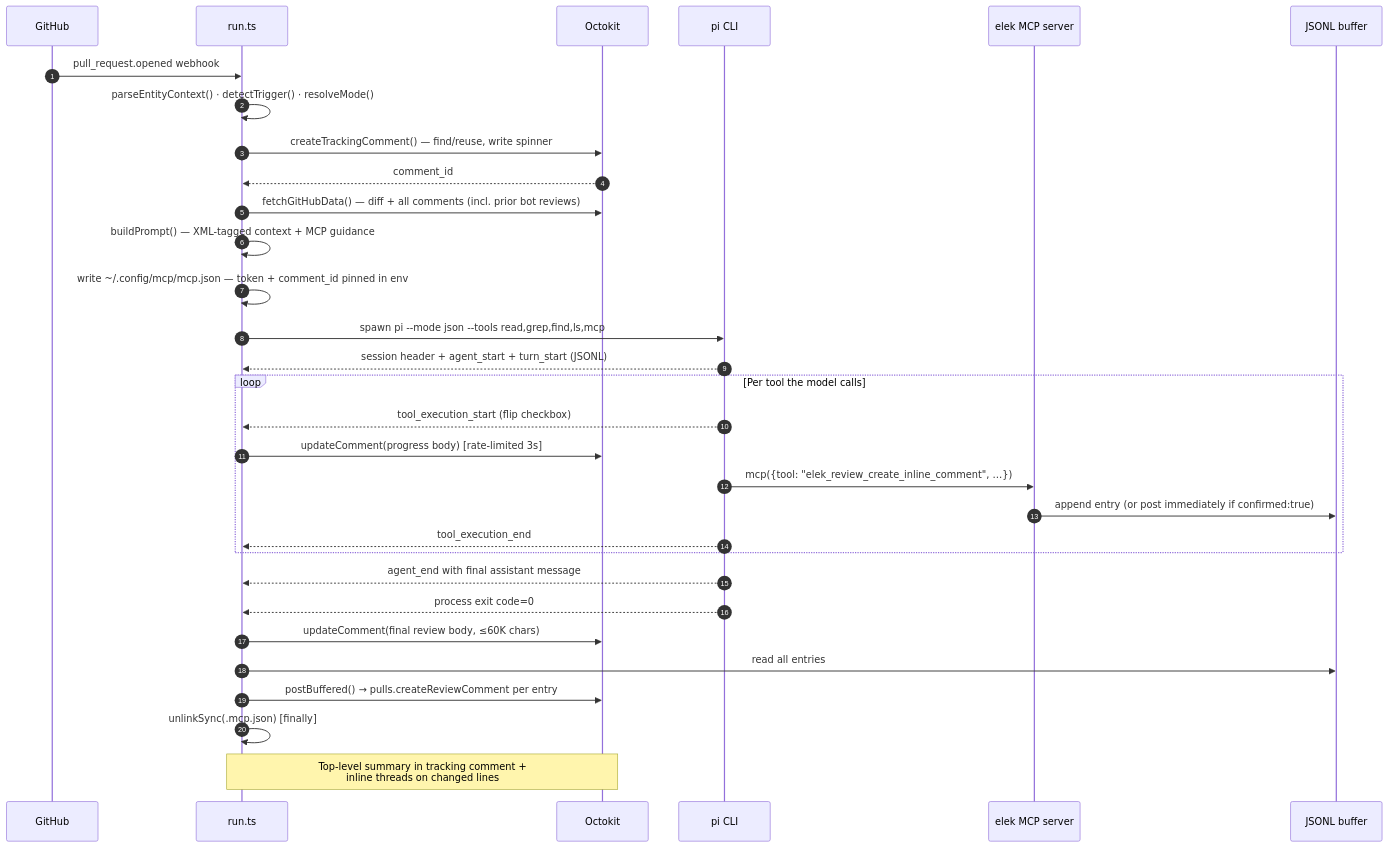
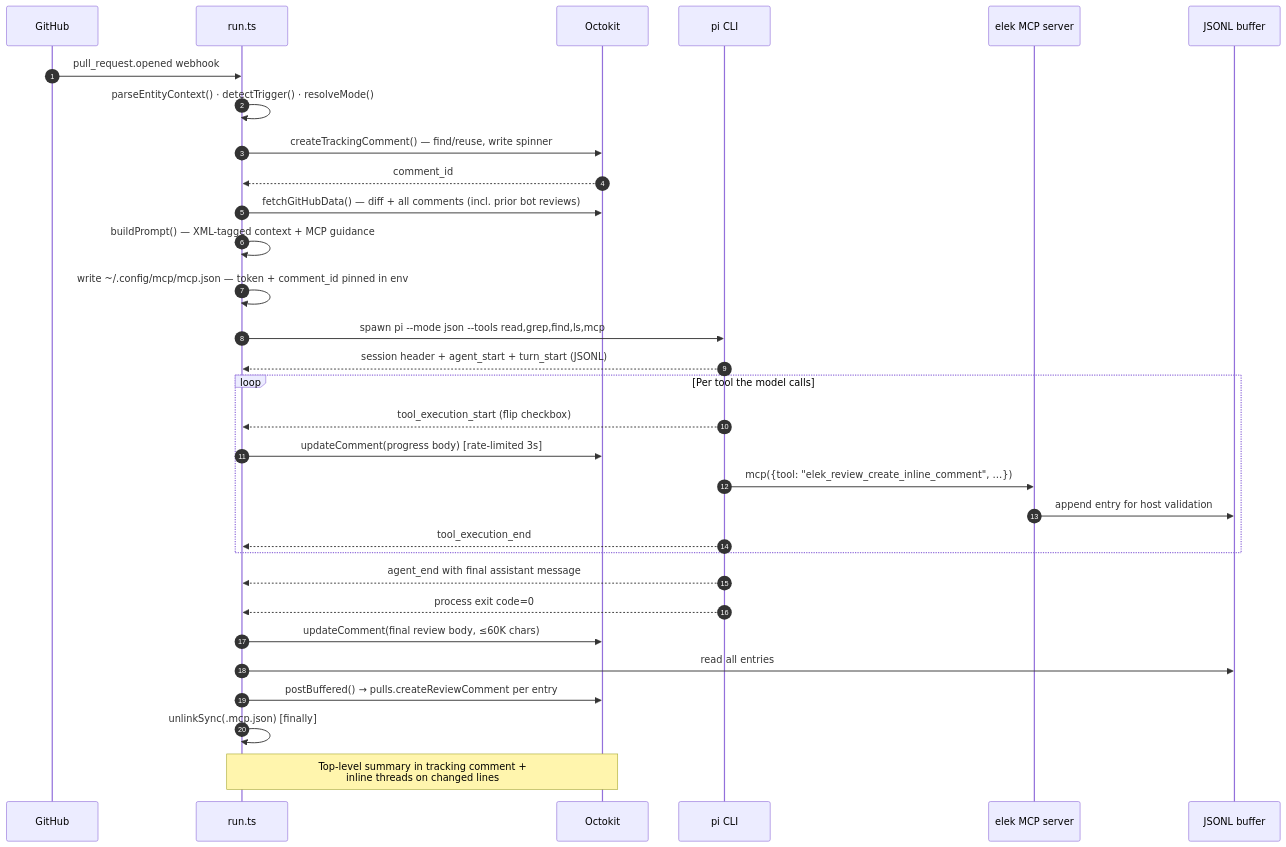
Before and after one commit to selimozten/elek: the diagram in docs/ARCHITECTURE.md, drawn with Mermaid. The commit also changed other lines of this file and 15 other files, not shown here.

````diff
--- a/docs/ARCHITECTURE.md
+++ b/docs/ARCHITECTURE.md
@@ -145,36 +148,36 @@
 ```mermaid
 sequenceDiagram
     autonumber
     participant GH as GitHub
     participant Run as run.ts
     participant Octo as Octokit
     participant Pi as pi CLI
     participant MCP as elek MCP server
     participant Buf as JSONL buffer
 
     GH->>Run: pull_request.opened webhook
     Run->>Run: parseEntityContext() · detectTrigger() · resolveMode()
     Run->>Octo: createTrackingComment() — find/reuse, write spinner
     Octo-->>Run: comment_id
     Run->>Octo: fetchGitHubData() — diff + all comments (incl. prior bot reviews)
     Run->>Run: buildPrompt() — XML-tagged context + MCP guidance
     Run->>Run: write ~/.config/mcp/mcp.json — token + comment_id pinned in env
     Run->>Pi: spawn pi --mode json --tools read,grep,find,ls,mcp
     Pi-->>Run: session header + agent_start + turn_start (JSONL)
 
     loop Per tool the model calls
         Pi-->>Run: tool_execution_start (flip checkbox)
         Run->>Octo: updateComment(progress body) [rate-limited 3s]
         Pi->>MCP: mcp({tool: "elek_review_create_inline_comment", …})
-        MCP->>Buf: append entry (or post immediately if confirmed:true)
+        MCP->>Buf: append entry for host validation
         Pi-->>Run: tool_execution_end
     end
 
     Pi-->>Run: agent_end with final assistant message
     Pi-->>Run: process exit code=0
     Run->>Octo: updateComment(final review body, ≤60K chars)
     Run->>Buf: read all entries
     Run->>Octo: postBuffered() → pulls.createReviewComment per entry
     Run->>Run: unlinkSync(.mcp.json) [finally]
     Note over Run,Octo: Top-level summary in tracking comment +<br/>inline threads on changed lines
 ```
````
